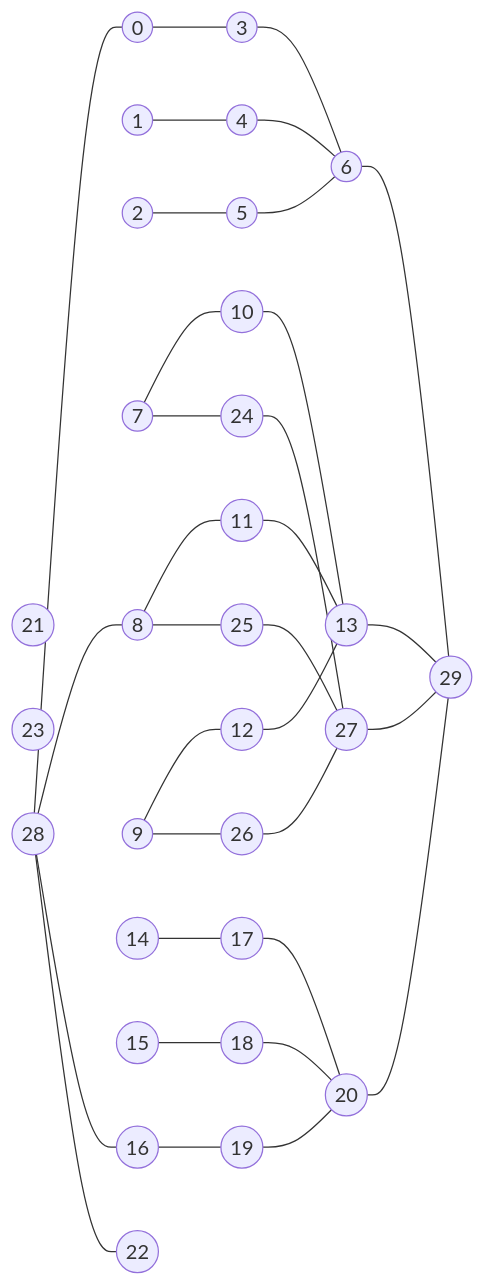
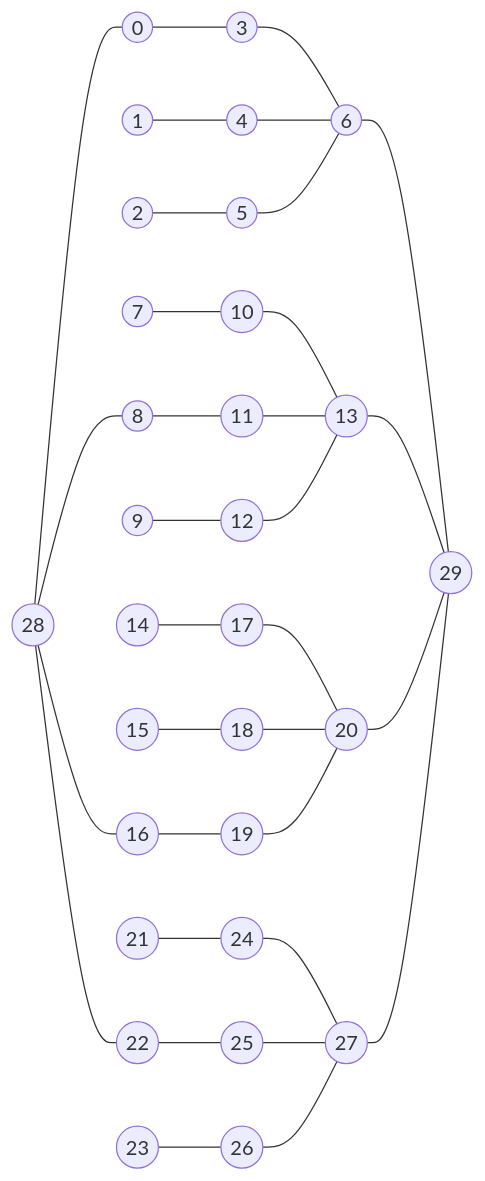
One commit to bfeitknecht/vault changed the fifth of 5 diagrams in sem2/AuW/UE/cx/bf/cx12-great-harvest.md. Above: the diagram before and after it, drawn with Mermaid.

Commit message:
backup: 2024-07-15T08:58:28+02:00 from MacBook Pro (echo)
Affected files:
sem2/AuW/UE/cx/bf/cx12-great-harvest.md

````diff
--- a/sem2/AuW/UE/cx/bf/cx12-great-harvest.md
+++ b/sem2/AuW/UE/cx/bf/cx12-great-harvest.md
@@ -227,64 +227,64 @@
 ```mermaid
 flowchart LR
 
 %%%%%%%%%%%%%%%%%%%%%%%%%%%%%%%%%%%%%%%%%%
 
 ids0v1((0))
 ids0v2((1))
 ids0v3((2))
 idt0v1((3))
 idt0v2((4))
 idt0v3((5))
 idc0((6))
 
 ids1v1((7))
 ids1v2((8))
 ids1v3((9))
 idt1v1((10))
 idt1v2((11))
 idt1v3((12))
 idc1((13))
 
 ids2v1((14))
 ids2v2((15))
 ids2v3((16))
 idt2v1((17))
 idt2v2((18))
 idt2v3((19))
 idc2((20))
 
 ids3v1((21))
 ids3v2((22))
 ids3v3((23))
 idt3v1((24))
 idt3v2((25))
 idt3v3((26))
 idc3((27))
 
 idS((28))
 idT((29))
 
 %%%%%%%%%%%%%%%%%%%%%%%%%%%%%%%%%%%%%%%%%%
 
 idS --- ids0v1 & ids1v2 & ids2v3 & ids3v2
 
 ids0v1 --- idt0v1 --- idc0
 ids0v2 --- idt0v2 --- idc0
 ids0v3 --- idt0v3 --- idc0
 
 ids1v1 --- idt1v1 --- idc1
 ids1v2 --- idt1v2 --- idc1
 ids1v3 --- idt1v3 --- idc1
 
 ids2v1 --- idt2v1 --- idc2
 ids2v2 --- idt2v2 --- idc2
 ids2v3 --- idt2v3 --- idc2
 
-ids1v1 --- idt3v1 --- idc3
-ids1v2 --- idt3v2 --- idc3
-ids1v3 --- idt3v3 --- idc3
+ids3v1 --- idt3v1 --- idc3
+ids3v2 --- idt3v2 --- idc3
+ids3v3 --- idt3v3 --- idc3
 
 idc0 & idc1 & idc2 & idc3 --- idT
 
 %%%%%%%%%%%%%%%%%%%%%%%%%%%%%%%%%%%%%%%%%%
 ```
````
